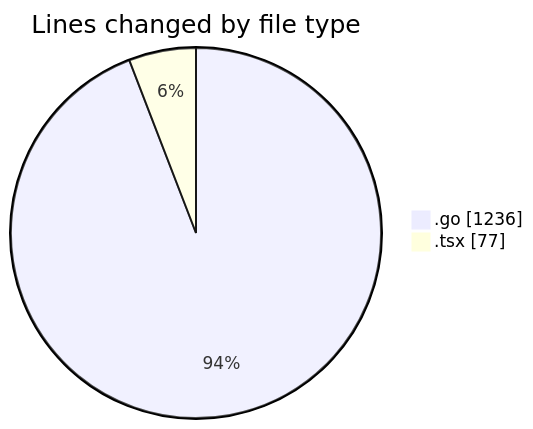
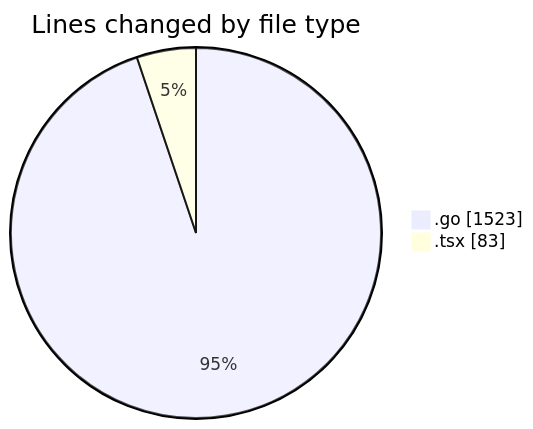
The first of 2 diagrams in 2025-03-10/termonied_testador/README.md (robertbonfada/code-tracking), drawn with Mermaid before and after one commit. The commit also changed other lines of this file and 1 other file, not shown here.

````diff
--- a/2025-03-10/termonied_testador/README.md
+++ b/2025-03-10/termonied_testador/README.md
@@ -23,6 +24,6 @@
 ```mermaid
 pie showData
 title Lines changed by file type
-".go" : 1236
-".tsx" : 77
+".go" : 1523
+".tsx" : 83
 ```
````
